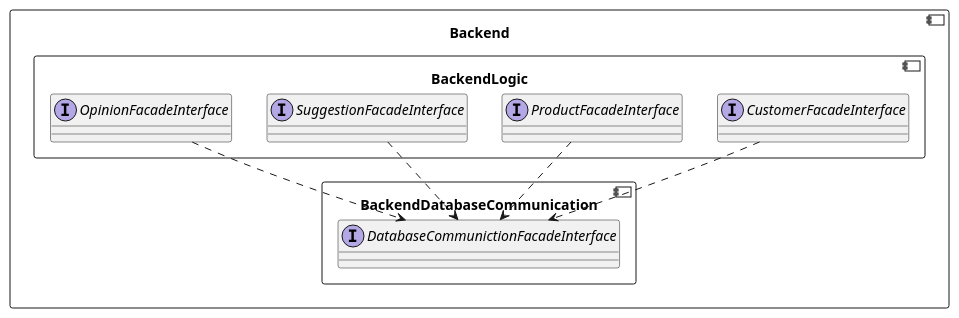
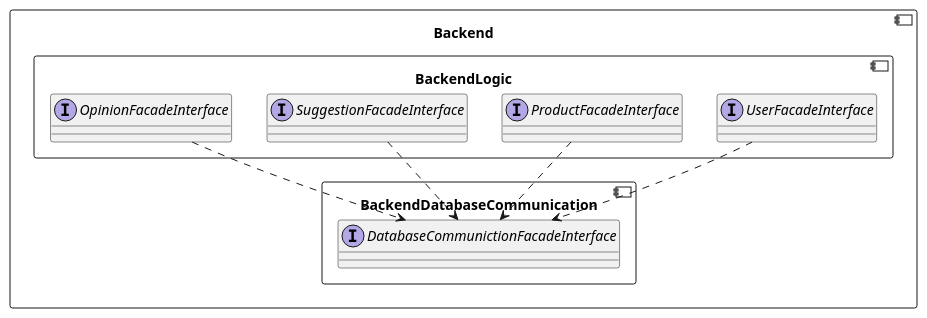
Before and after one commit to RadekBucki/OpinionCollectorArchitecture: the first of 5 diagrams in BackendLogic.md, drawn with PlantUML. The commit also changed other lines of this file, not shown here.

Commit message:
Rename customer to user

````diff
--- a/BackendLogic.md
+++ b/BackendLogic.md
@@ -3,21 +3,21 @@
 ```plantuml
 @startuml
 component Backend {
     component BackendDatabaseCommunication {
         interface DatabaseCommunictionFacadeInterface
     }
     
     component BackendLogic {
-        interface CustomerFacadeInterface
+        interface UserFacadeInterface
         interface ProductFacadeInterface
         interface SuggestionFacadeInterface
         interface OpinionFacadeInterface
         
-        CustomerFacadeInterface  ..> DatabaseCommunictionFacadeInterface
+        UserFacadeInterface  ..> DatabaseCommunictionFacadeInterface
         ProductFacadeInterface   ..> DatabaseCommunictionFacadeInterface
         SuggestionFacadeInterface ..> DatabaseCommunictionFacadeInterface
         OpinionFacadeInterface   ..> DatabaseCommunictionFacadeInterface
     }
 }
 @enduml 
 ```
````
